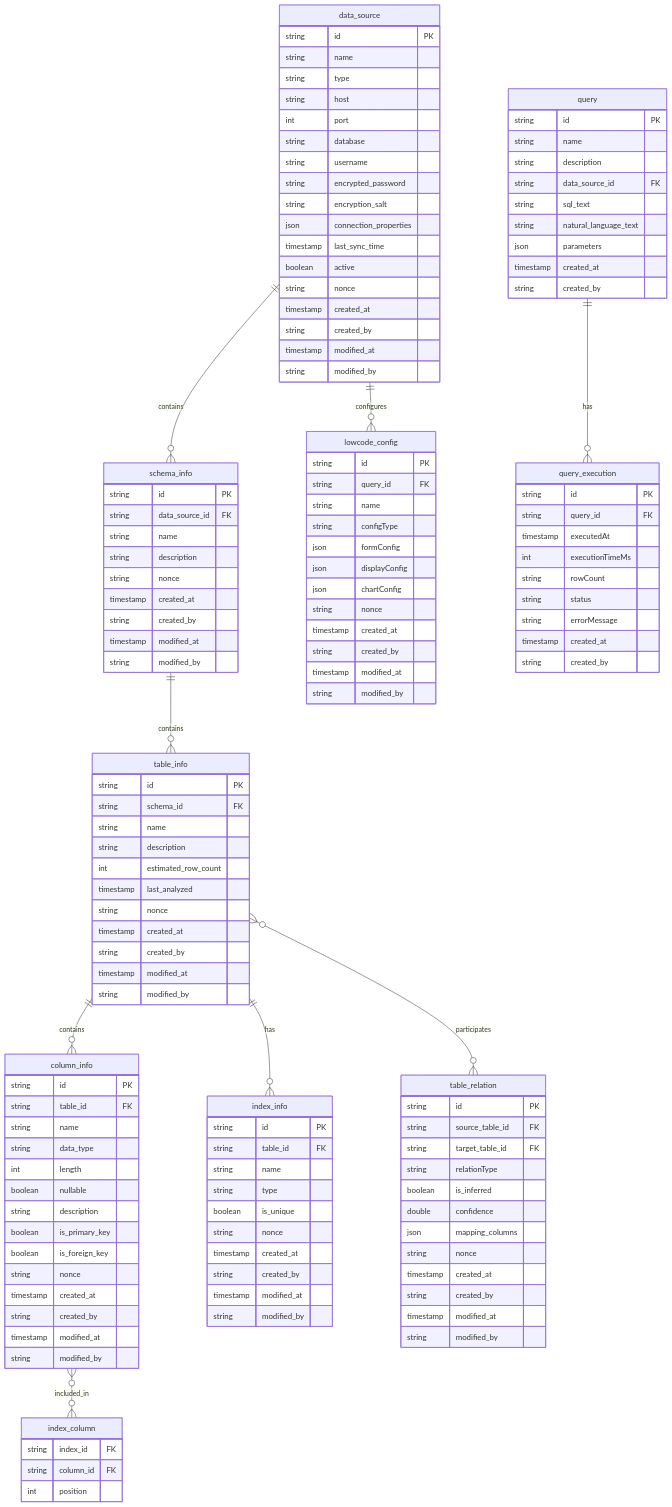
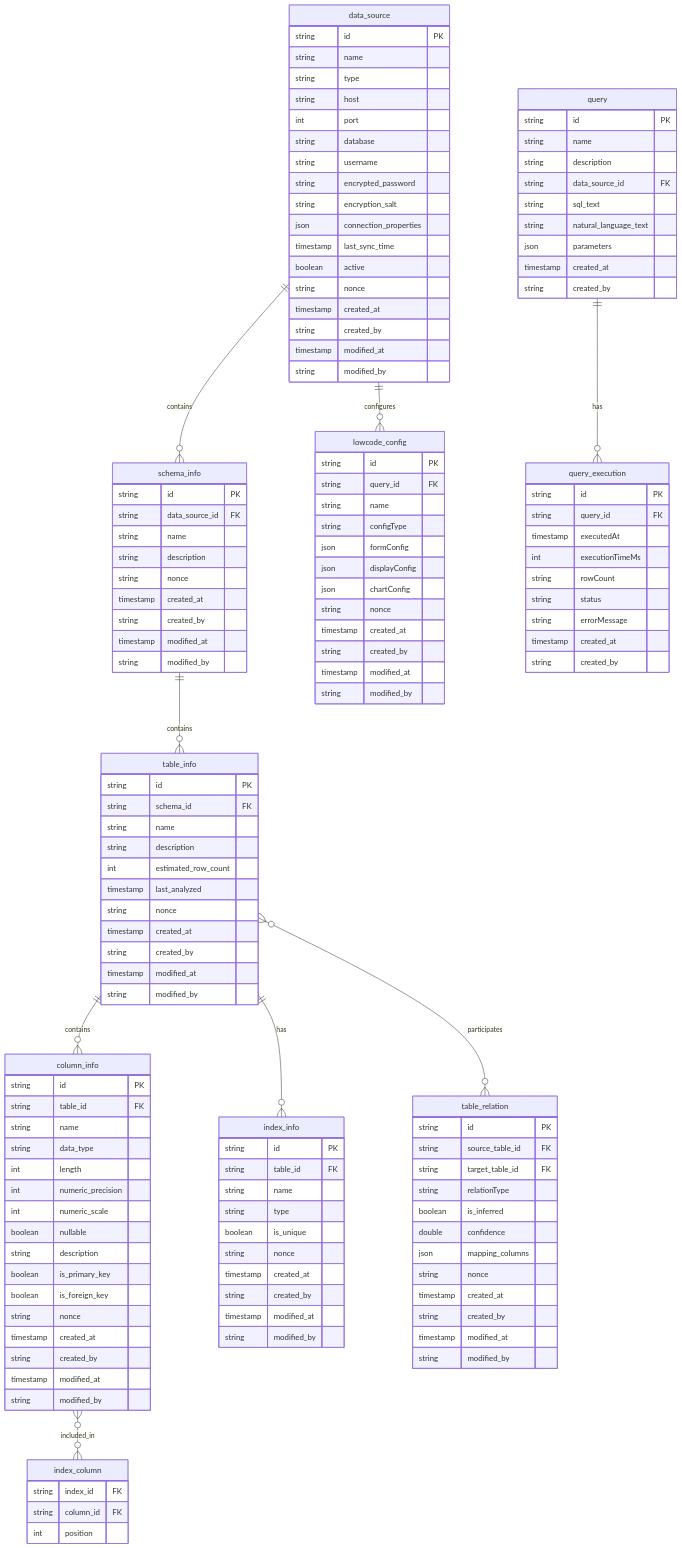
Before and after one commit to im47cn/data-scope: the diagram in docs/domain_model.md, drawn with Mermaid. The commit also changed other lines of this file and 120 other files, not shown here.

```diff
--- a/docs/domain_model.md
+++ b/docs/domain_model.md
@@ -464,6 +470,8 @@
         string name
         string data_type
         int length
+        int numeric_precision
+        int numeric_scale
         boolean nullable
         string description
         boolean is_primary_key
```
